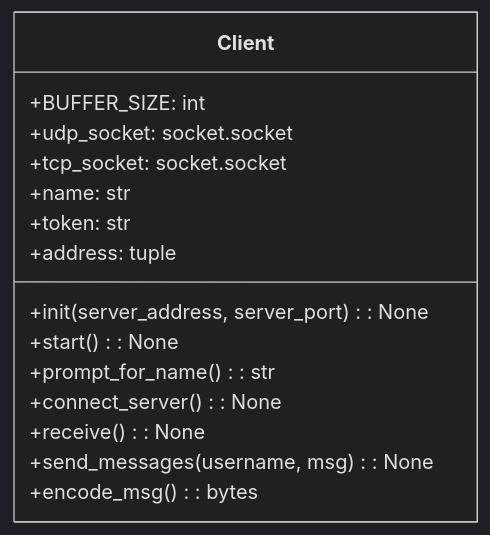
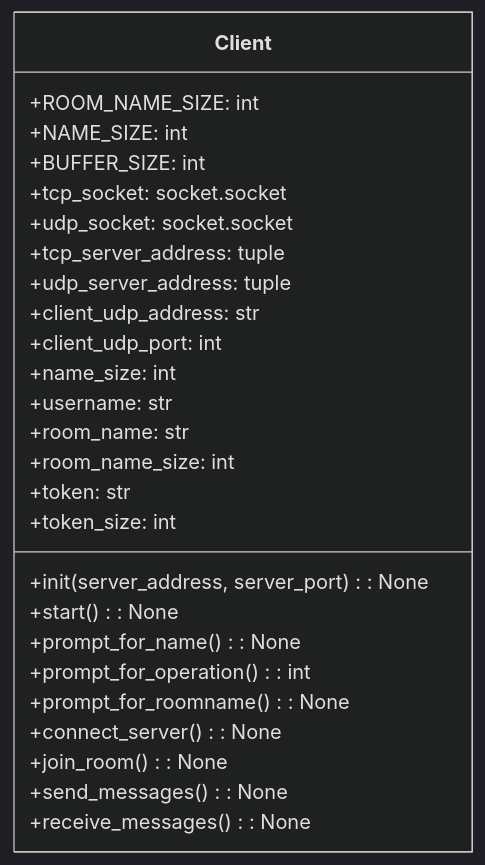
One commit to recursion-backend-team-d/online-chat-messenger changed the second of 2 diagrams in README.md. Above: the diagram before and after it, drawn with Mermaid (dark theme). The commit also changed other lines of this file, not shown here.

````diff
--- a/README.md
+++ b/README.md
@@ -133,19 +133,30 @@
 ```mermaid
 classDiagram
 class Client {
+  +ROOM_NAME_SIZE: int
+  +NAME_SIZE: int
   +BUFFER_SIZE: int
+  +tcp_socket: socket.socket
   +udp_socket: socket.socket
-  +tcp_socket: socket.socket
-  +name: str
+  +tcp_server_address: tuple
+  +udp_server_address: tuple
+  +client_udp_address: str
+  +client_udp_port: int
+  +name_size: int
+  +username: str
+  +room_name: str
+  +room_name_size: int
   +token: str
-  +address: tuple
+  +token_size: int
 
   +init(server_address, server_port): None
   +start(): None
-  +prompt_for_name(): str
+  +prompt_for_name(): None
+  +prompt_for_operation(): int
+  +prompt_for_roomname(): None
   +connect_server(): None
-  +receive(): None
-  +send_messages(username, msg): None
-  +encode_msg(): bytes
+  +join_room(): None
+  +send_messages(): None
+  +receive_messages(): None
 }
 ```
````
